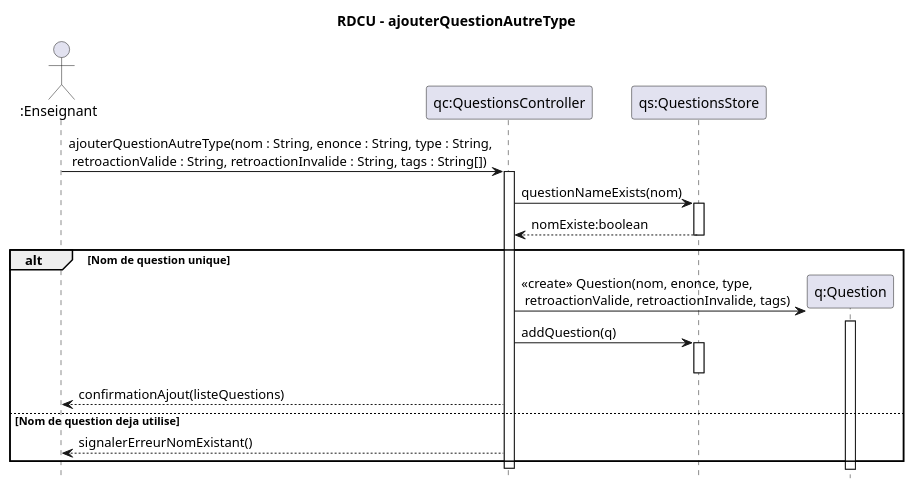
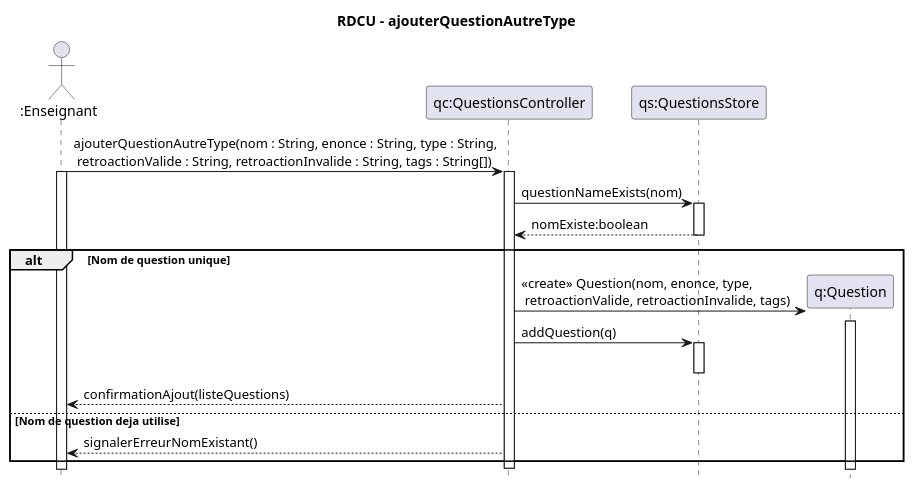
The diagram in docs/modeles/cu02/rdcu-ajouter-question-autre-type.puml (xMrYahya/moodle-clone), drawn with PlantUML before and after one commit. The commit also changed 6 other files, not shown here.

Commit message:
fix diagrammes

```diff
--- a/docs/modeles/cu02/rdcu-ajouter-question-autre-type.puml
+++ b/docs/modeles/cu02/rdcu-ajouter-question-autre-type.puml
@@ -1,34 +1,37 @@
 @startuml
 hide footbox
 title RDCU - ajouterQuestionAutreType
 
 actor ":Enseignant" as e
 participant "qc:QuestionsController" as QC
 participant "qs:QuestionsStore" as QS
 participant "q:Question" as Q
 
 e -> QC : ajouterQuestionAutreType(nom : String, enonce : String, type : String,\n retroactionValide : String, retroactionInvalide : String, tags : String[])
+activate e
+
 activate QC
 
 QC -> QS : questionNameExists(nom)
 activate QS
 QS --> QC : nomExiste:boolean
 deactivate QS
 
 alt Nom de question unique
   create Q
   QC -> Q : <<create>> Question(nom, enonce, type,\n retroactionValide, retroactionInvalide, tags)
   activate Q
   deactivate Q
 
   QC -> QS : addQuestion(q)
   activate QS
   deactivate QS
 
   QC --> e : confirmationAjout(listeQuestions)
 else Nom de question deja utilise
   QC --> e : signalerErreurNomExistant()
 end
 
 deactivate QC
+activate e
 @enduml
```
